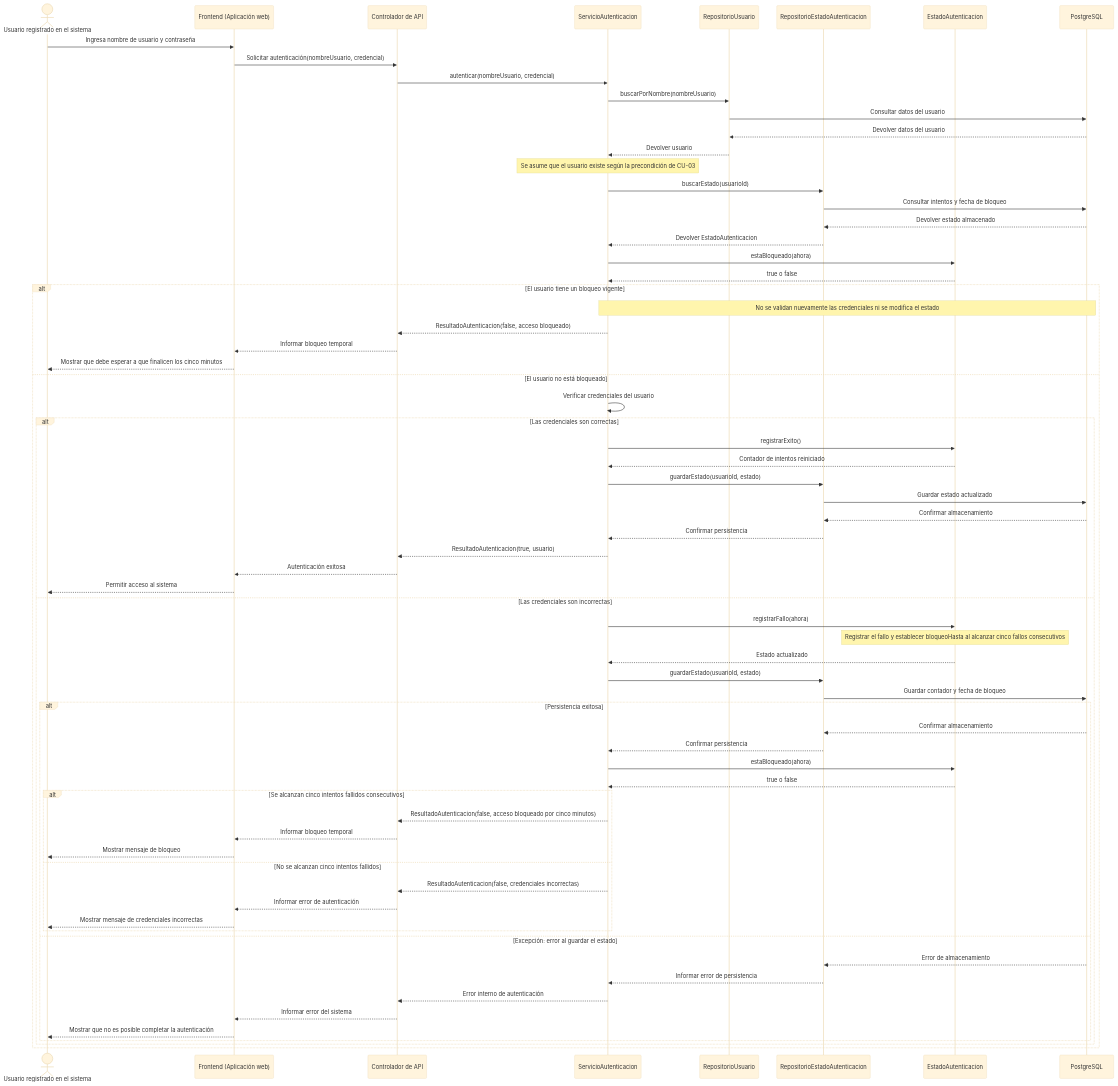
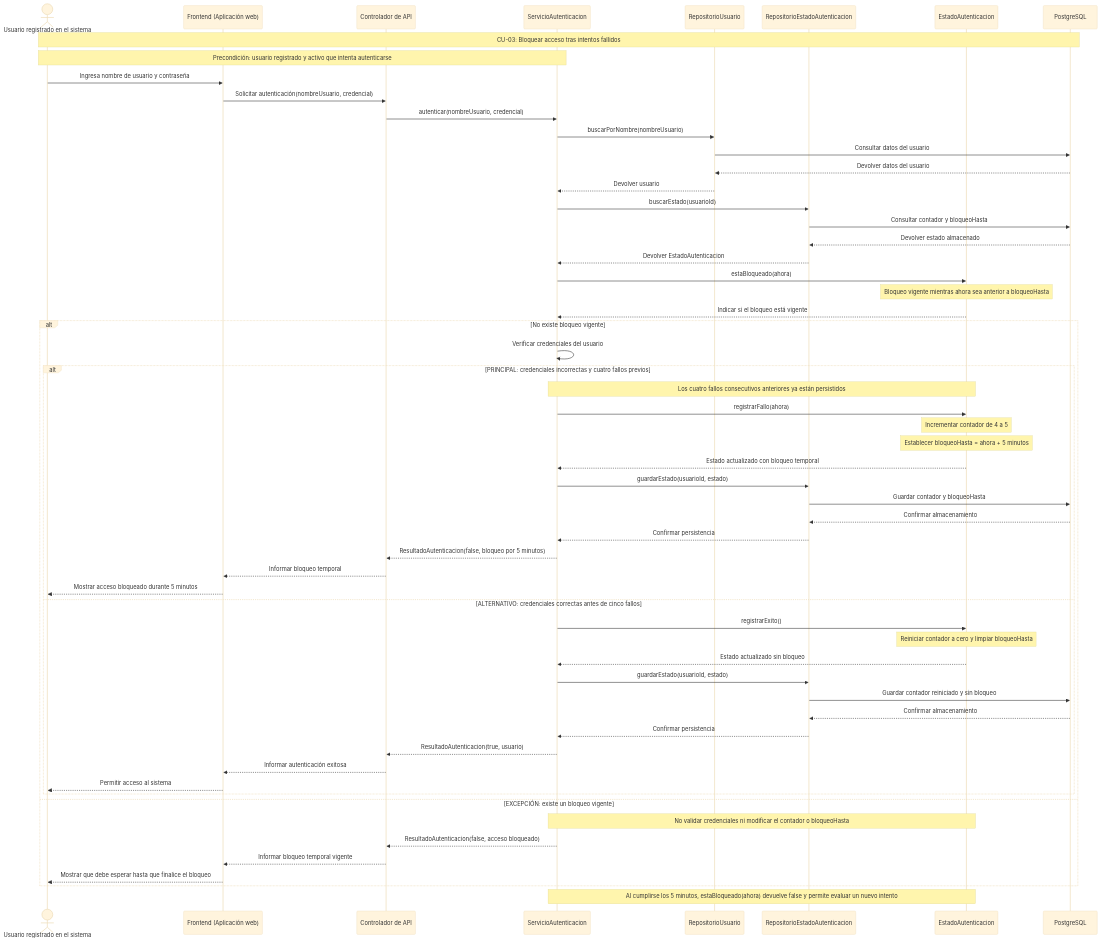
The first of 3 diagrams in docs/design/02_Diseño_de_Interacción_y_Datos.md (anmorenol63/Ingesoft_t6), drawn with Mermaid (base theme) before and after one commit.

````diff
--- a/docs/design/02_Diseño_de_Interacción_y_Datos.md
+++ b/docs/design/02_Diseño_de_Interacción_y_Datos.md
@@ -45,6 +45,9 @@
     participant EA as EstadoAutenticacion
     participant BD as PostgreSQL
 
+    Note over U,BD: CU-03: Bloquear acceso tras intentos fallidos
+    Note over U,SA: Precondición: usuario registrado y activo que intenta autenticarse
+
     U->>FE: Ingresa nombre de usuario y contraseña
     FE->>API: Solicitar autenticación(nombreUsuario, credencial)
     API->>SA: autenticar(nombreUsuario, credencial)
@@ -54,73 +57,59 @@
     BD-->>RU: Devolver datos del usuario
     RU-->>SA: Devolver usuario
 
-    Note over SA: Se asume que el usuario existe según la precondición de CU-03
-
     SA->>REA: buscarEstado(usuarioId)
-    REA->>BD: Consultar intentos y fecha de bloqueo
+    REA->>BD: Consultar contador y bloqueoHasta
     BD-->>REA: Devolver estado almacenado
     REA-->>SA: Devolver EstadoAutenticacion
 
     SA->>EA: estaBloqueado(ahora)
-    EA-->>SA: true o false
+    Note over EA: Bloqueo vigente mientras ahora sea anterior a bloqueoHasta
+    EA-->>SA: Indicar si el bloqueo está vigente
 
-    alt El usuario tiene un bloqueo vigente
-        Note over SA,BD: No se validan nuevamente las credenciales ni se modifica el estado
-        SA-->>API: ResultadoAutenticacion(false, acceso bloqueado)
-        API-->>FE: Informar bloqueo temporal
-        FE-->>U: Mostrar que debe esperar a que finalicen los cinco minutos
-
-    else El usuario no está bloqueado
+    alt No existe bloqueo vigente
         SA->>SA: Verificar credenciales del usuario
 
-        alt Las credenciales son correctas
-            SA->>EA: registrarExito()
-            EA-->>SA: Contador de intentos reiniciado
+        alt PRINCIPAL: credenciales incorrectas y cuatro fallos previos
+            Note over SA,EA: Los cuatro fallos consecutivos anteriores ya están persistidos
+
+            SA->>EA: registrarFallo(ahora)
+            Note over EA: Incrementar contador de 4 a 5
+            Note over EA: Establecer bloqueoHasta = ahora + 5 minutos
+            EA-->>SA: Estado actualizado con bloqueo temporal
 
             SA->>REA: guardarEstado(usuarioId, estado)
-            REA->>BD: Guardar estado actualizado
+            REA->>BD: Guardar contador y bloqueoHasta
+            BD-->>REA: Confirmar almacenamiento
+            REA-->>SA: Confirmar persistencia
+
+            SA-->>API: ResultadoAutenticacion(false, bloqueo por 5 minutos)
+            API-->>FE: Informar bloqueo temporal
+            FE-->>U: Mostrar acceso bloqueado durante 5 minutos
+
+        else ALTERNATIVO: credenciales correctas antes de cinco fallos
+            SA->>EA: registrarExito()
+            Note over EA: Reiniciar contador a cero y limpiar bloqueoHasta
+            EA-->>SA: Estado actualizado sin bloqueo
+
+            SA->>REA: guardarEstado(usuarioId, estado)
+            REA->>BD: Guardar contador reiniciado y sin bloqueo
             BD-->>REA: Confirmar almacenamiento
             REA-->>SA: Confirmar persistencia
 
             SA-->>API: ResultadoAutenticacion(true, usuario)
-            API-->>FE: Autenticación exitosa
+            API-->>FE: Informar autenticación exitosa
             FE-->>U: Permitir acceso al sistema
+        end
 
-        else Las credenciales son incorrectas
-            SA->>EA: registrarFallo(ahora)
-            Note over EA: Registrar el fallo y establecer bloqueoHasta al alcanzar cinco fallos consecutivos
-            EA-->>SA: Estado actualizado
+    else EXCEPCIÓN: existe un bloqueo vigente
+        Note over SA,EA: No validar credenciales ni modificar el contador o bloqueoHasta
 
-            SA->>REA: guardarEstado(usuarioId, estado)
-            REA->>BD: Guardar contador y fecha de bloqueo
+        SA-->>API: ResultadoAutenticacion(false, acceso bloqueado)
+        API-->>FE: Informar bloqueo temporal vigente
+        FE-->>U: Mostrar que debe esperar hasta que finalice el bloqueo
+    end
 
-            alt Persistencia exitosa
-                BD-->>REA: Confirmar almacenamiento
-                REA-->>SA: Confirmar persistencia
-
-                SA->>EA: estaBloqueado(ahora)
-                EA-->>SA: true o false
-
-                alt Se alcanzan cinco intentos fallidos consecutivos
-                    SA-->>API: ResultadoAutenticacion(false, acceso bloqueado por cinco minutos)
-                    API-->>FE: Informar bloqueo temporal
-                    FE-->>U: Mostrar mensaje de bloqueo
-
-                else No se alcanzan cinco intentos fallidos
-                    SA-->>API: ResultadoAutenticacion(false, credenciales incorrectas)
-                    API-->>FE: Informar error de autenticación
-                    FE-->>U: Mostrar mensaje de credenciales incorrectas
-                end
-
-            else Excepción: error al guardar el estado
-                BD-->>REA: Error de almacenamiento
-                REA-->>SA: Informar error de persistencia
-                SA-->>API: Error interno de autenticación
-                API-->>FE: Informar error del sistema
-                FE-->>U: Mostrar que no es posible completar la autenticación
-            end
-        end
-    end
+    Note over SA,EA: Al cumplirse los 5 minutos, estaBloqueado(ahora) devuelve false y permite evaluar un nuevo intento
 
 
 ```
````
